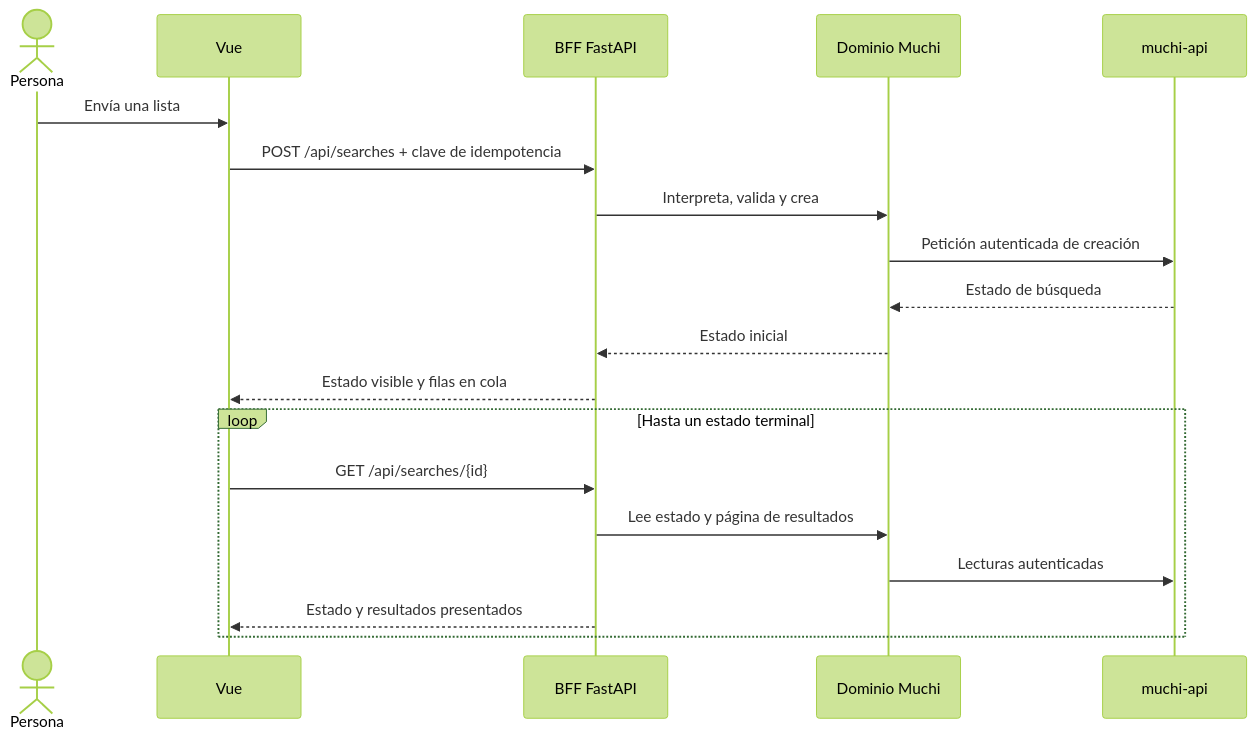
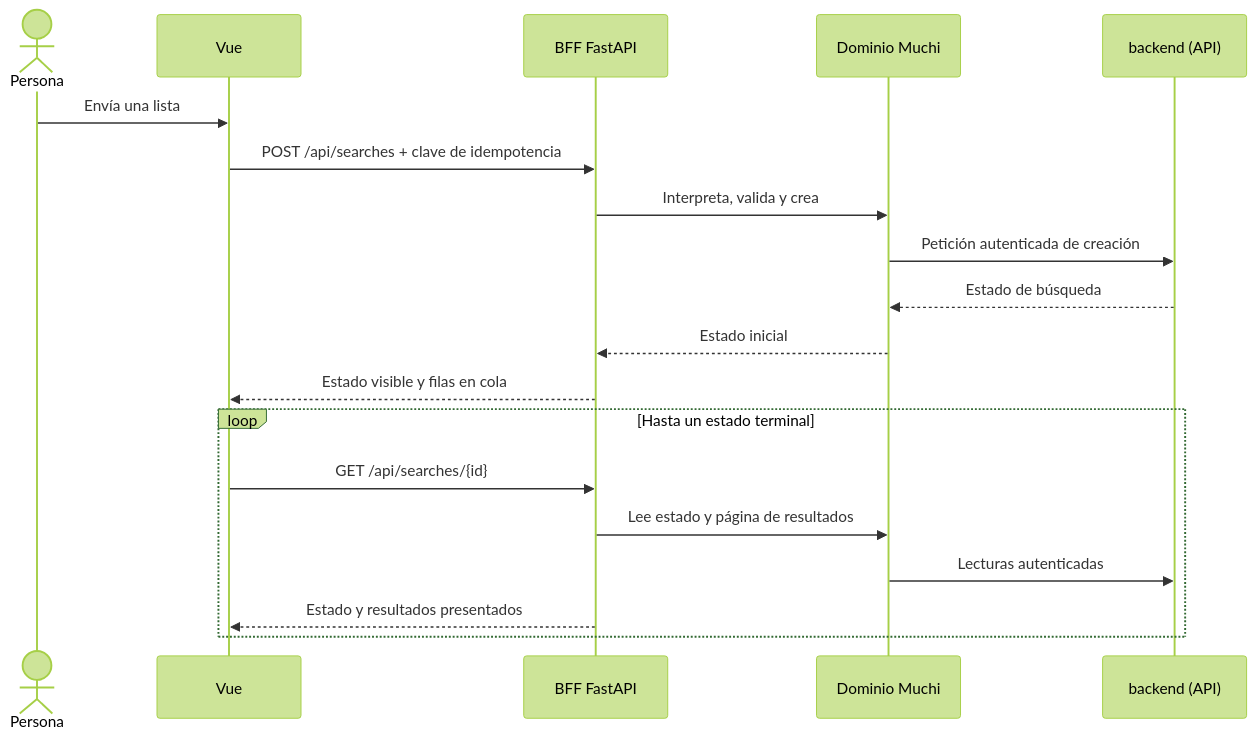
One commit to metaliaw/muchi changed the second of 2 diagrams in docs/architecture.es.md. Above: the diagram before and after it, drawn with Mermaid (forest theme). The commit also changed other lines of this file and 70 other files, not shown here.

First line of the commit message:
Point the docs and the front's API link at backend/

````diff
--- a/docs/architecture.es.md
+++ b/docs/architecture.es.md
@@ -69,23 +68,23 @@
 ```mermaid
 sequenceDiagram
     actor Person as Persona
     participant Web as Vue
     participant BFF as BFF FastAPI
     participant Domain as Dominio Muchi
-    participant API as muchi-api
+    participant API as backend (API)
 
     Person->>Web: Envía una lista
     Web->>BFF: POST /api/searches + clave de idempotencia
     BFF->>Domain: Interpreta, valida y crea
     Domain->>API: Petición autenticada de creación
     API-->>Domain: Estado de búsqueda
     Domain-->>BFF: Estado inicial
     BFF-->>Web: Estado visible y filas en cola
 
     loop Hasta un estado terminal
         Web->>BFF: GET /api/searches/{id}
         BFF->>Domain: Lee estado y página de resultados
         Domain->>API: Lecturas autenticadas
         BFF-->>Web: Estado y resultados presentados
     end
 ```
````
